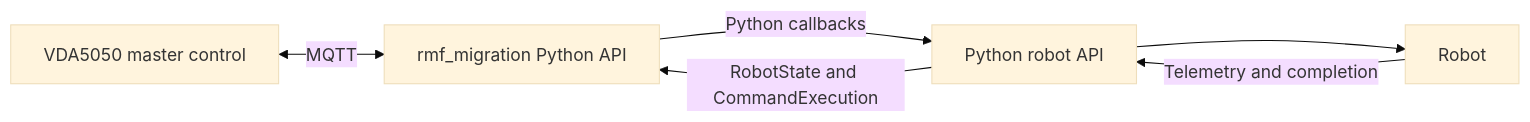
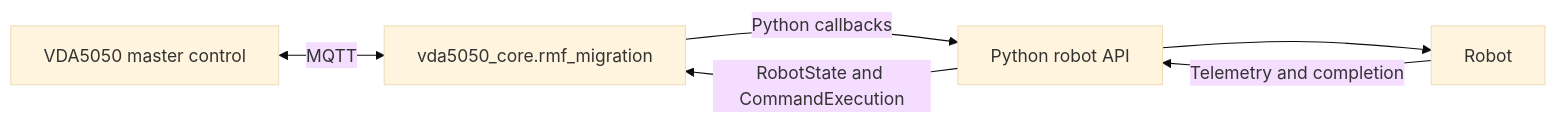
One commit to Briancbn/vda5050_core changed the second of 2 diagrams in docs/rmf-migration.md. Above: the diagram before and after it, drawn with Mermaid (base theme). The commit also changed other lines of this file, not shown here.

Commit message:
docs: rework rmf migration first

````diff
--- a/docs/rmf-migration.md
+++ b/docs/rmf-migration.md
@@ -93,8 +74,8 @@
 ```mermaid
 flowchart LR
-    Master[VDA5050 master control] <-->|MQTT| Adapter[rmf_migration Python API]
+    Master[VDA5050 master control] <-->|MQTT| Adapter[vda5050_core.rmf_migration]
     Adapter -->|Python callbacks| API[Python robot API]
     API --> Robot
     Robot -->|Telemetry and completion| API
     API -->|RobotState and CommandExecution| Adapter
 ```
````
